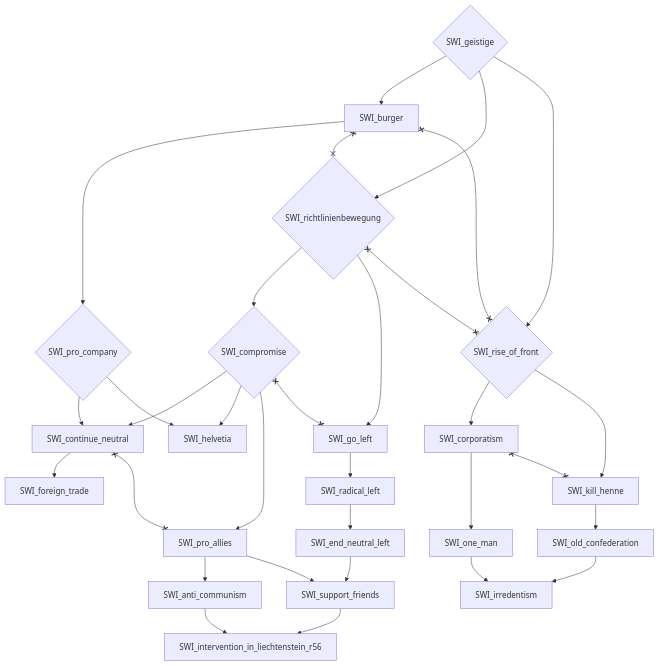
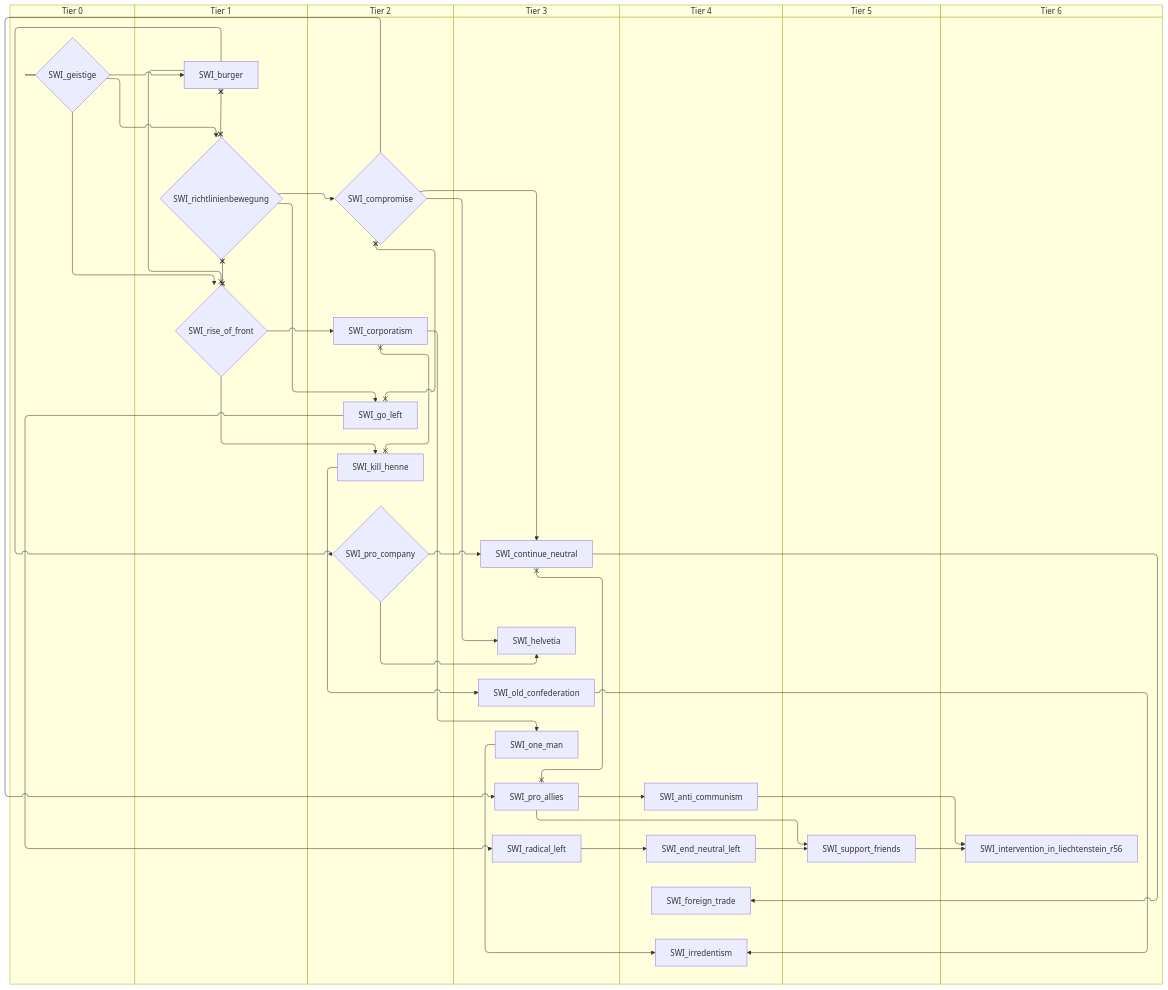
The fourth of 8 diagrams in docs/gdd/National Focuses/r56_switzerland.md (evgeny-sobol/hoi4-sandbox-mode-r56), drawn with Mermaid before and after one commit. The commit also changed other lines of this file and 423 other files, not shown here.

First line of the commit message:
Re-export Rt56 focus trees as swimlane diagrams

````diff
--- a/docs/gdd/National Focuses/r56_switzerland.md
+++ b/docs/gdd/National Focuses/r56_switzerland.md
@@ -96,55 +124,69 @@
 ```mermaid
-flowchart TD
-    n29["SWI_anti_communism"]
-    n30["SWI_burger"]
-    n31{"SWI_compromise"}
-    n32["SWI_continue_neutral"]
-    n33["SWI_corporatism"]
-    n34["SWI_end_neutral_left"]
-    n35["SWI_foreign_trade"]
-    n36{"SWI_geistige"}
-    n37["SWI_go_left"]
-    n38["SWI_helvetia"]
-    n39["SWI_intervention_in_liechtenstein_r56"]
-    n40["SWI_irredentism"]
-    n41["SWI_kill_henne"]
-    n42["SWI_old_confederation"]
-    n43["SWI_one_man"]
-    n44["SWI_pro_allies"]
-    n45{"SWI_pro_company"}
-    n46["SWI_radical_left"]
-    n47{"SWI_richtlinienbewegung"}
-    n48{"SWI_rise_of_front"}
-    n49["SWI_support_friends"]
-    n44 --> n29
-    n36 --> n30
-    n47 --> n31
-    n31 --> n32
-    n45 --> n32
-    n48 --> n33
-    n46 --> n34
-    n32 --> n35
-    n47 --> n37
-    n31 --> n38
-    n45 --> n38
-    n49 --> n39
-    n29 --> n39
-    n42 --> n40
-    n43 --> n40
-    n48 --> n41
-    n41 --> n42
-    n33 --> n43
-    n31 --> n44
-    n30 --> n45
-    n37 --> n46
-    n36 --> n47
-    n36 --> n48
-    n34 --> n49
+swimlane-beta TD
+    subgraph tier_0["Tier 0"]
+        n29{"SWI_geistige"}
+    end
+    subgraph tier_1["Tier 1"]
+        n30["SWI_burger"]
+        n31{"SWI_richtlinienbewegung"}
+        n32{"SWI_rise_of_front"}
+    end
+    subgraph tier_2["Tier 2"]
+        n33{"SWI_compromise"}
+        n34["SWI_corporatism"]
+        n35["SWI_go_left"]
+        n36["SWI_kill_henne"]
+        n37{"SWI_pro_company"}
+    end
+    subgraph tier_3["Tier 3"]
+        n38["SWI_continue_neutral"]
+        n39["SWI_helvetia"]
+        n40["SWI_old_confederation"]
+        n41["SWI_one_man"]
+        n42["SWI_pro_allies"]
+        n43["SWI_radical_left"]
+    end
+    subgraph tier_4["Tier 4"]
+        n44["SWI_anti_communism"]
+        n45["SWI_end_neutral_left"]
+        n46["SWI_foreign_trade"]
+        n47["SWI_irredentism"]
+    end
+    subgraph tier_5["Tier 5"]
+        n48["SWI_support_friends"]
+    end
+    subgraph tier_6["Tier 6"]
+        n49["SWI_intervention_in_liechtenstein_r56"]
+    end
+    n42 --> n44
+    n29 --> n30
+    n31 --> n33
+    n33 --> n38
+    n37 --> n38
+    n32 --> n34
+    n43 --> n45
+    n38 --> n46
+    n31 --> n35
+    n33 --> n39
+    n37 --> n39
+    n48 --> n49
     n44 --> n49
-    n30 x--x n47
-    n30 x--x n48
-    n31 x--x n37
-    n32 x--x n44
-    n33 x--x n41
-    n47 x--x n48
+    n40 --> n47
+    n41 --> n47
+    n32 --> n36
+    n36 --> n40
+    n34 --> n41
+    n33 --> n42
+    n30 --> n37
+    n35 --> n43
+    n29 --> n31
+    n29 --> n32
+    n45 --> n48
+    n42 --> n48
+    n30 x--x n31
+    n30 x--x n32
+    n33 x--x n35
+    n38 x--x n42
+    n34 x--x n36
+    n31 x--x n32
 ```
````
